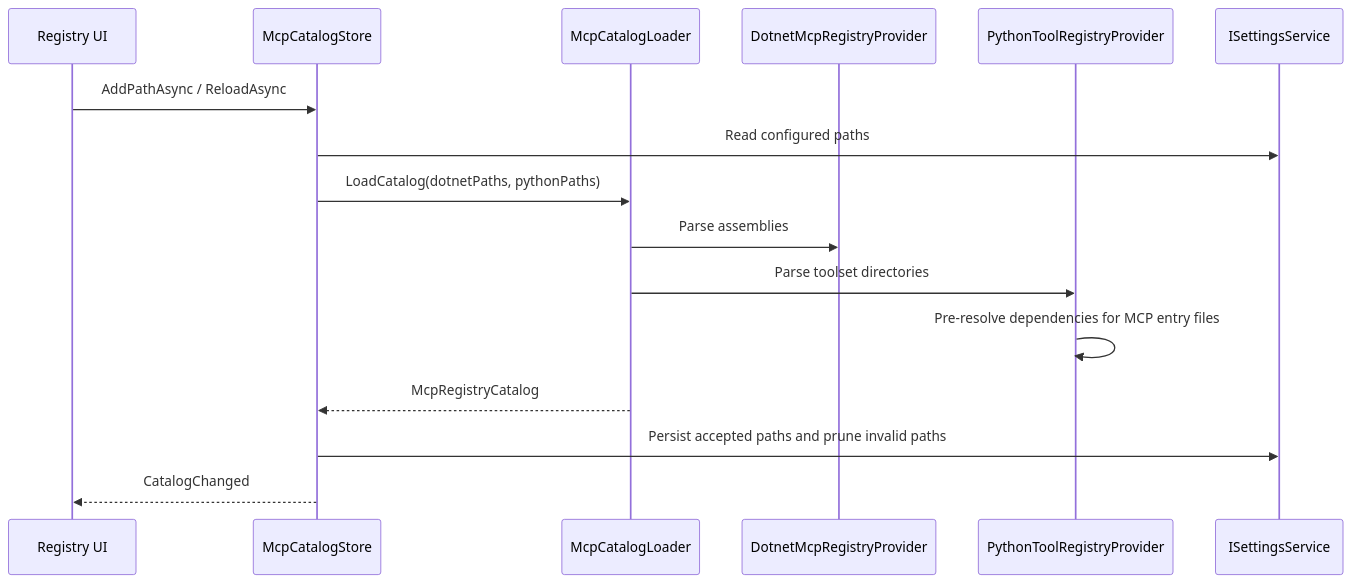
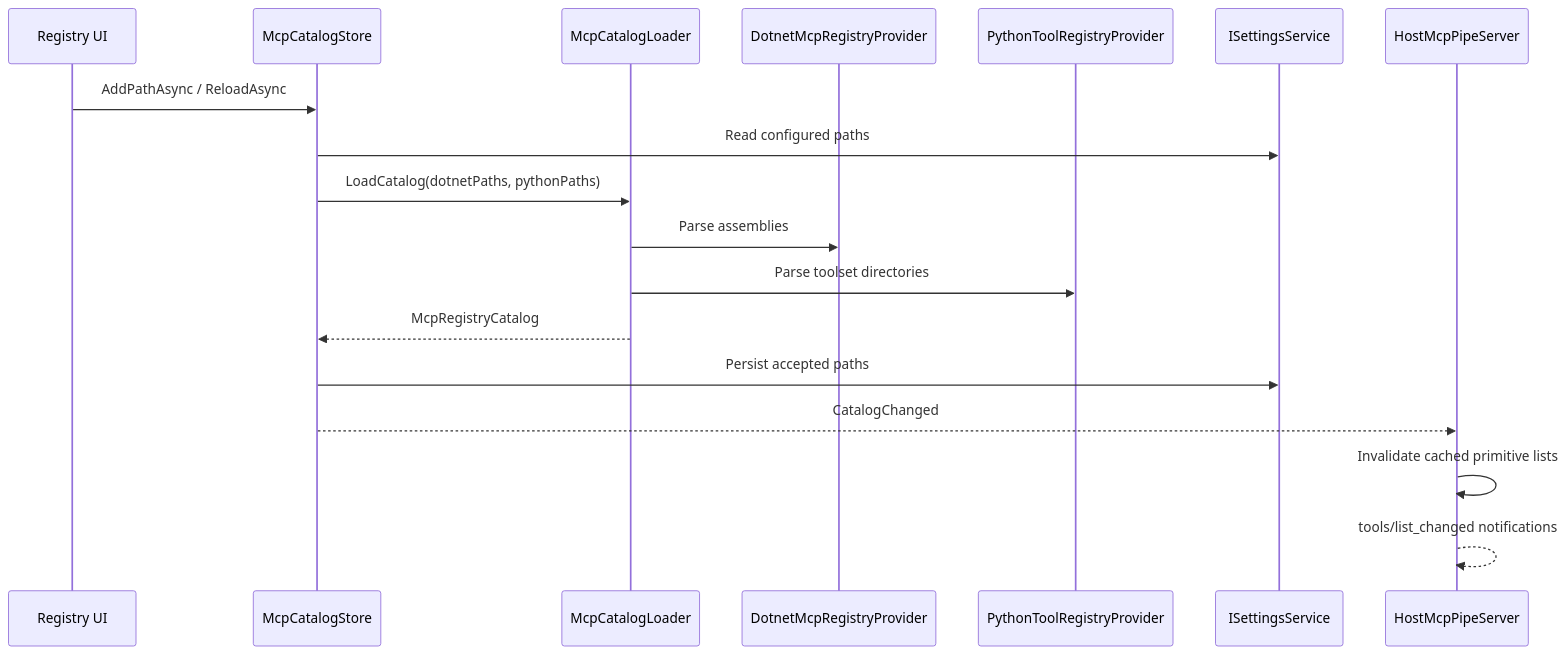
The second of 2 diagrams in docs/architecture/MCP/in-host-runtime.md (trgiangv/RevitDevTool), drawn with Mermaid before and after one commit. The commit also changed other lines of this file and 32 other files, not shown here.

First line of the commit message:
docs(mcp): platform architecture and product contracts for SDK 2.0

````diff
--- a/docs/architecture/MCP/in-host-runtime.md
+++ b/docs/architecture/MCP/in-host-runtime.md
@@ -37,19 +41,21 @@
 ```mermaid
 sequenceDiagram
     participant UI as Registry UI
     participant Store as McpCatalogStore
     participant Loader as McpCatalogLoader
     participant Dotnet as DotnetMcpRegistryProvider
     participant Python as PythonToolRegistryProvider
     participant Settings as ISettingsService
+    participant HostServer as HostMcpPipeServer
 
     UI->>Store: AddPathAsync / ReloadAsync
     Store->>Settings: Read configured paths
     Store->>Loader: LoadCatalog(dotnetPaths, pythonPaths)
     Loader->>Dotnet: Parse assemblies
     Loader->>Python: Parse toolset directories
-    Python->>Python: Pre-resolve dependencies for MCP entry files
     Loader-->>Store: McpRegistryCatalog
-    Store->>Settings: Persist accepted paths and prune invalid paths
-    Store-->>UI: CatalogChanged
+    Store->>Settings: Persist accepted paths
+    Store-->>HostServer: CatalogChanged
+    HostServer->>HostServer: Invalidate cached primitive lists
+    HostServer-->>HostServer: tools/list_changed notifications
 ```
````
